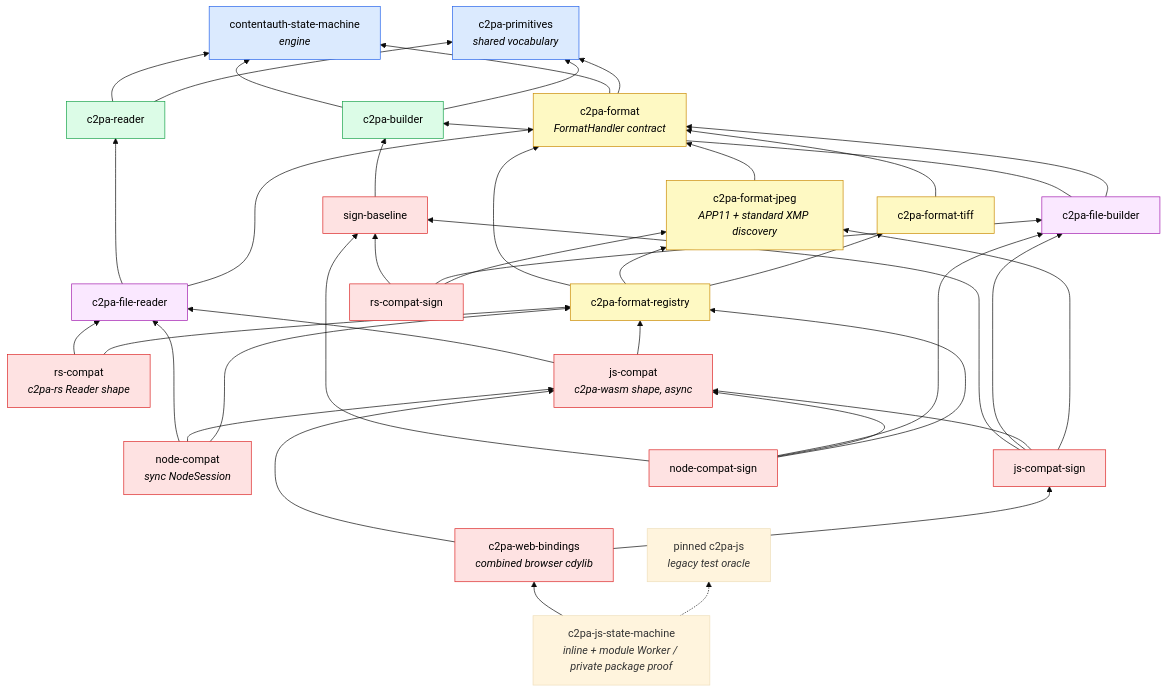
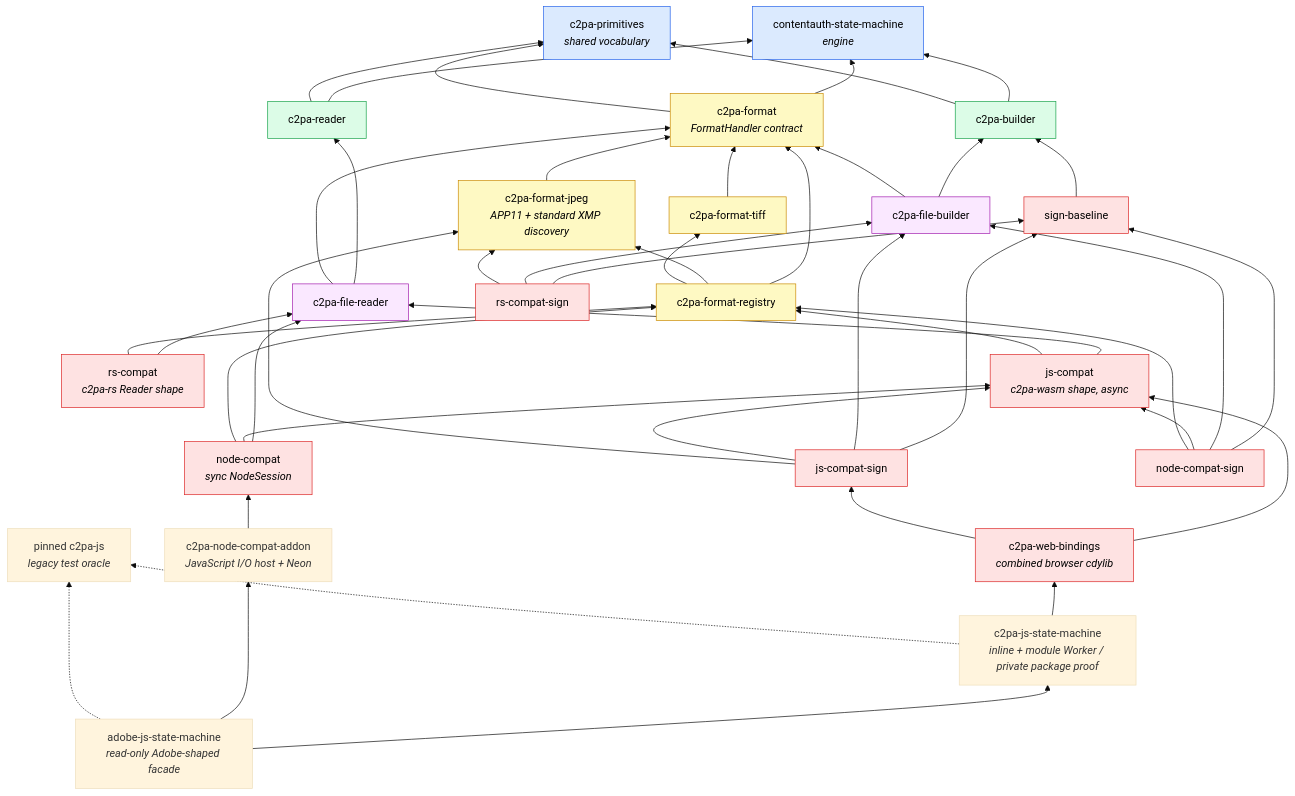
One commit to scouten/state-machine-experiment changed the first of 2 diagrams in docs/walkthrough/02-architecture.md. Above: the diagram before and after it, drawn with Mermaid (base theme). The commit also changed other lines of this file and 36 other files, not shown here.

````diff
--- a/docs/walkthrough/02-architecture.md
+++ b/docs/walkthrough/02-architecture.md
@@ -12,58 +12,63 @@
 ```mermaid
 flowchart BT
     SM["contentauth-state-machine<br/><i>engine</i>"]
     PR["c2pa-primitives<br/><i>shared vocabulary</i>"]
 
     RD["c2pa-reader"]
     BD["c2pa-builder"]
     FM["c2pa-format<br/><i>FormatHandler contract</i>"]
 
     JP["c2pa-format-jpeg<br/><i>APP11 + standard XMP discovery</i>"]
     TF["c2pa-format-tiff"]
     RG["c2pa-format-registry"]
 
     FR["c2pa-file-reader"]
     FB["c2pa-file-builder"]
 
     RSC["rs-compat<br/><i>c2pa-rs Reader shape</i>"]
     JSC["js-compat<br/><i>c2pa-wasm shape, async</i>"]
     NDC["node-compat<br/><i>sync NodeSession</i>"]
 
     SB["sign-baseline"]
     RSS["rs-compat-sign"]
     JSS["js-compat-sign"]
     NDS["node-compat-sign"]
     WEB["c2pa-web-bindings<br/><i>combined browser cdylib</i>"]
     JSP["c2pa-js-state-machine<br/><i>inline + module Worker / private package proof</i>"]
+    ADP["adobe-js-state-machine<br/><i>read-only Adobe-shaped facade</i>"]
+    NDA["c2pa-node-compat-addon<br/><i>JavaScript I/O host + Neon</i>"]
     ORC["pinned c2pa-js<br/><i>legacy test oracle</i>"]
 
     RD --> SM & PR
     BD --> SM & PR
     FM --> SM & PR
     JP --> FM
     TF --> FM
     RG --> FM & JP & TF
     FR --> RD & FM
     FB --> BD & FM
     RSC --> FR & RG
     JSC --> FR & RG
     NDC --> FR & JSC & RG
     SB --> BD
     RSS --> SB & FB & JP
     JSS --> SB & FB & JSC & JP
     NDS --> SB & FB & JSC & RG
     WEB --> JSC & JSS
     JSP --> WEB
+    ADP --> JSP & NDA
+    NDA --> NDC
     JSP -.-> ORC
+    ADP -.-> ORC
 
     classDef engine fill:#dbeafe,stroke:#2563eb,color:#000
     classDef core fill:#dcfce7,stroke:#16a34a,color:#000
     classDef fmt fill:#fef9c3,stroke:#ca8a04,color:#000
     classDef glue fill:#fae8ff,stroke:#a21caf,color:#000
     classDef bind fill:#fee2e2,stroke:#dc2626,color:#000
     class SM,PR engine
     class RD,BD core
     class FM,JP,TF,RG fmt
     class FR,FB glue
     class RSC,JSC,NDC,SB,RSS,JSS,NDS,WEB bind
 ```
````
